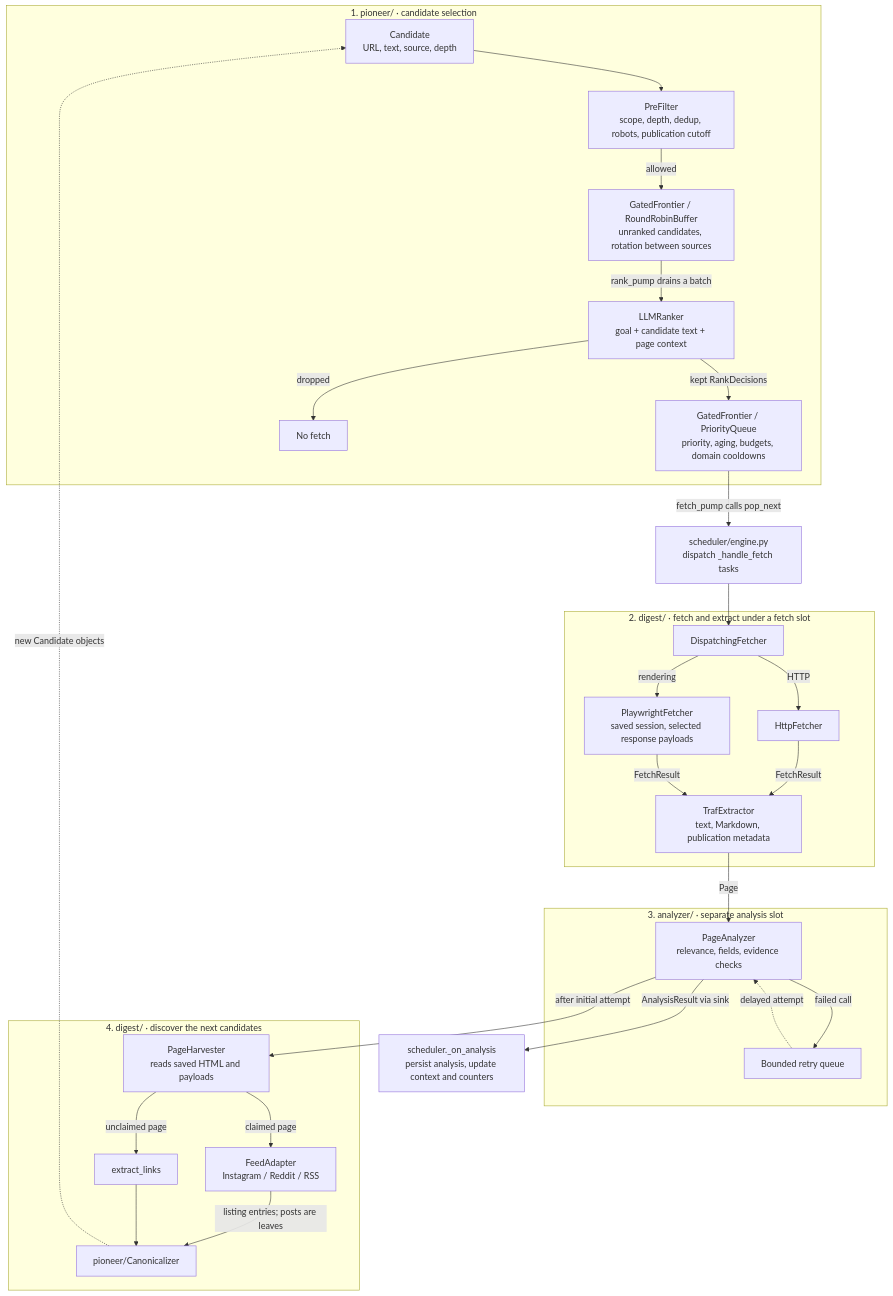
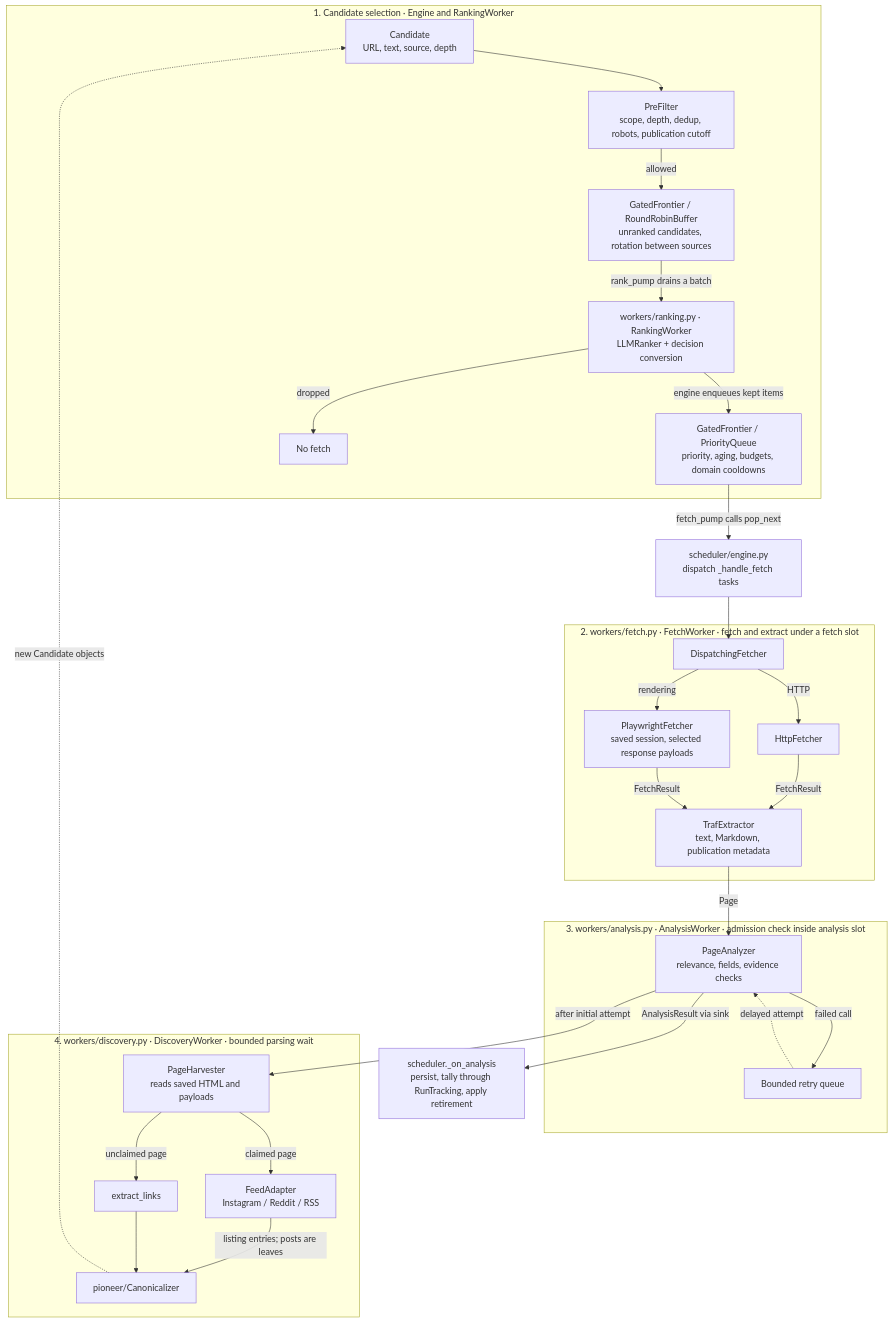
The first of 2 diagrams in docs/arch.md (shixuan/crawl-me-maybe), drawn with Mermaid before and after one commit. The commit also changed other lines of this file and 18 other files, not shown here.

Commit message:
refactor: separate scheduler workers

````diff
--- a/docs/arch.md
+++ b/docs/arch.md
@@ -8,38 +8,38 @@
 ```mermaid
 flowchart TB
-    subgraph pioneer["1. pioneer/ · candidate selection"]
+    subgraph pioneer["1. Candidate selection · Engine and RankingWorker"]
         candidates["Candidate<br>URL, text, source, depth"] --> filter["PreFilter<br>scope, depth, dedup, robots, publication cutoff"]
         filter -->|allowed| buffer["GatedFrontier / RoundRobinBuffer<br>unranked candidates, rotation between sources"]
-        buffer -->|rank_pump drains a batch| ranker["LLMRanker<br>goal + candidate text + page context"]
-        ranker -->|kept RankDecisions| queue["GatedFrontier / PriorityQueue<br>priority, aging, budgets, domain cooldowns"]
+        buffer -->|rank_pump drains a batch| ranker["workers/ranking.py · RankingWorker<br>LLMRanker + decision conversion"]
+        ranker -->|engine enqueues kept items| queue["GatedFrontier / PriorityQueue<br>priority, aging, budgets, domain cooldowns"]
         ranker -->|dropped| dropped["No fetch"]
     end
 
     queue -->|fetch_pump calls pop_next| dispatch["scheduler/engine.py<br>dispatch _handle_fetch tasks"]
 
-    subgraph digest["2. digest/ · fetch and extract under a fetch slot"]
+    subgraph digest["2. workers/fetch.py · FetchWorker · fetch and extract under a fetch slot"]
         fetcher[DispatchingFetcher] -->|HTTP| http[HttpFetcher]
         fetcher -->|rendering| browser["PlaywrightFetcher<br>saved session, selected response payloads"]
         http -->|FetchResult| extractor["TrafExtractor<br>text, Markdown, publication metadata"]
         browser -->|FetchResult| extractor
     end
     dispatch --> fetcher
 
-    subgraph analysis["3. analyzer/ · separate analysis slot"]
+    subgraph analysis["3. workers/analysis.py · AnalysisWorker · admission check inside analysis slot"]
         analyzer["PageAnalyzer<br>relevance, fields, evidence checks"]
         analyzer -->|failed call| retry["Bounded retry queue"]
         retry -. delayed attempt .-> analyzer
     end
     extractor -->|Page| analyzer
-    analyzer -->|AnalysisResult via sink| sink["scheduler._on_analysis<br>persist analysis, update context and counters"]
+    analyzer -->|AnalysisResult via sink| sink["scheduler._on_analysis<br>persist, tally through RunTracking, apply retirement"]
 
-    subgraph discovery["4. digest/ · discover the next candidates"]
+    subgraph discovery["4. workers/discovery.py · DiscoveryWorker · bounded parsing wait"]
         harvest["PageHarvester<br>reads saved HTML and payloads"]
         harvest -->|claimed page| adapters["FeedAdapter<br>Instagram / Reddit / RSS"]
         harvest -->|unclaimed page| links[extract_links]
         adapters -->|listing entries; posts are leaves| canonical["pioneer/Canonicalizer"]
         links --> canonical
     end
     analyzer -->|after initial attempt| harvest
     canonical -. new Candidate objects .-> candidates
 ```
````
